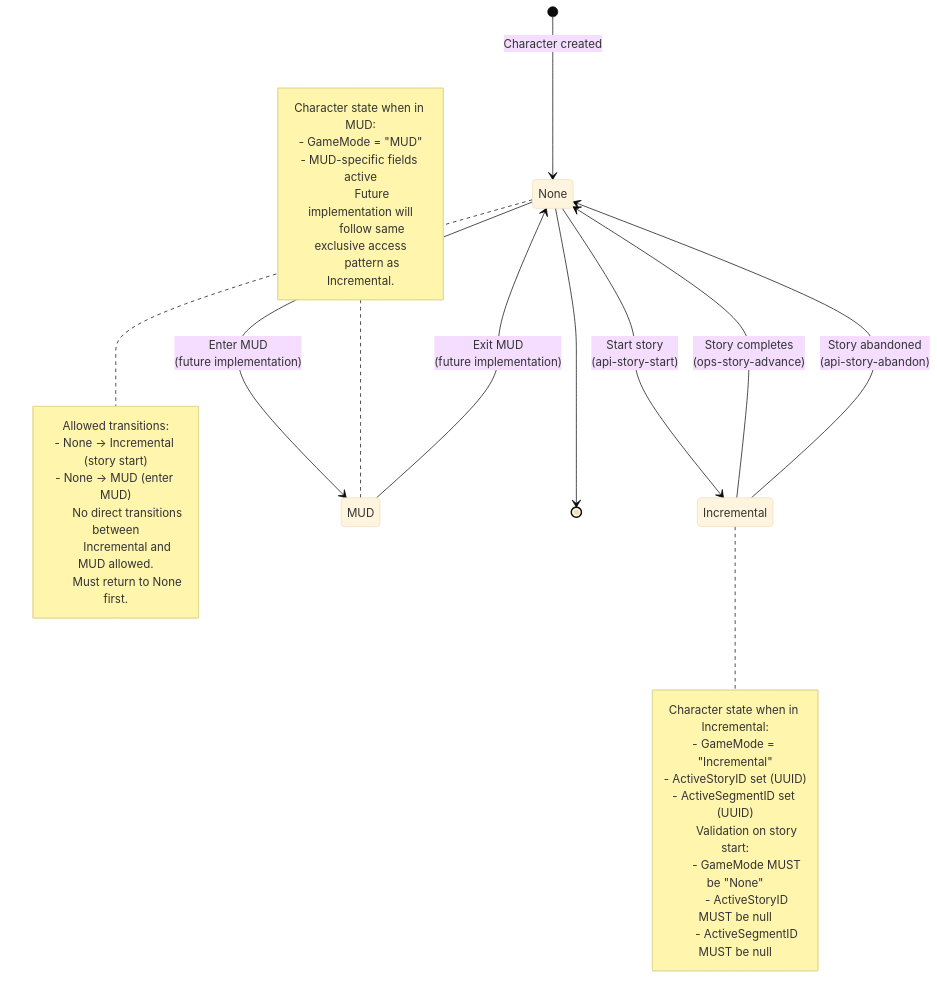
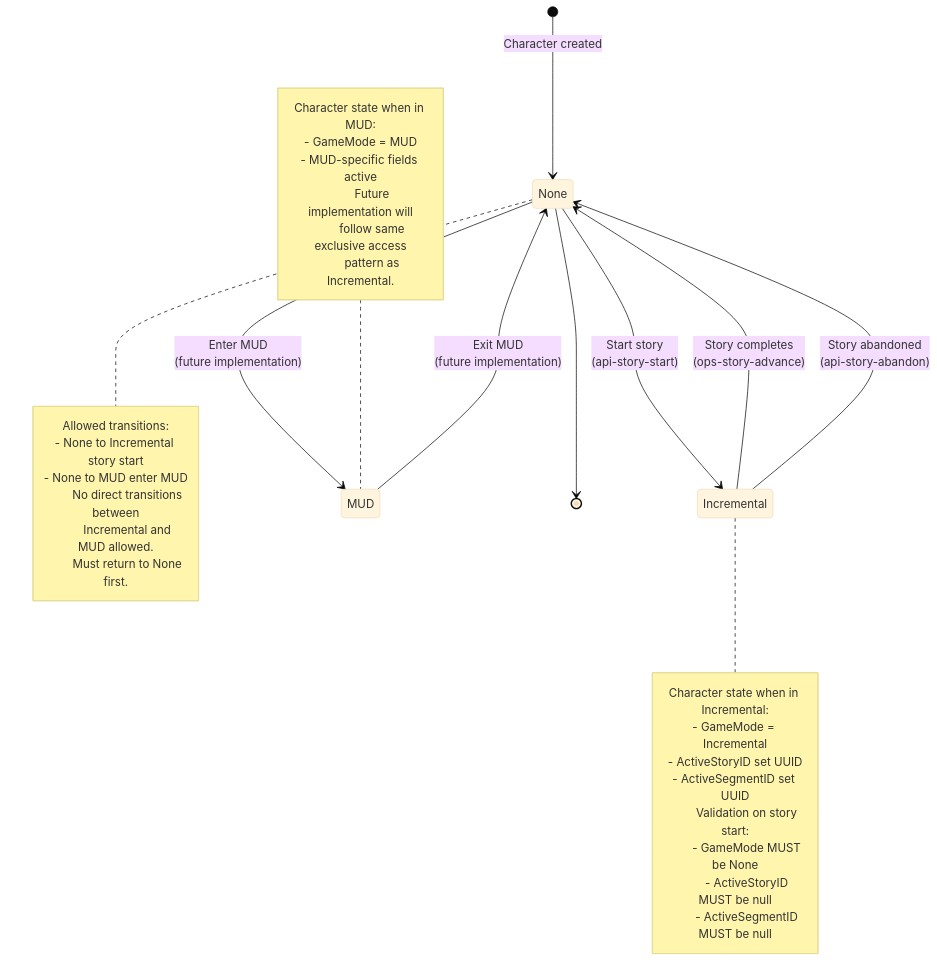
One commit to darkrelics/eidolon-engine changed the fourth of 7 diagrams in documentation/architecture.md. Above: the diagram before and after it, drawn with Mermaid (base theme). The commit also changed other lines of this file, not shown here.

````diff
--- a/documentation/architecture.md
+++ b/documentation/architecture.md
@@ -276,42 +280,42 @@
 ```mermaid
 stateDiagram-v2
     [*] --> None: Character created
     None --> Incremental: Start story<br/>(api-story-start)
     None --> MUD: Enter MUD<br/>(future implementation)
     Incremental --> None: Story completes<br/>(ops-story-advance)
     Incremental --> None: Story abandoned<br/>(api-story-abandon)
     MUD --> None: Exit MUD<br/>(future implementation)
     None --> [*]
 
     note right of None
         Allowed transitions:
-        - None → Incremental (story start)
-        - None → MUD (enter MUD)
+        - None to Incremental story start
+        - None to MUD enter MUD
 
         No direct transitions between
         Incremental and MUD allowed.
         Must return to None first.
     end note
 
     note right of Incremental
         Character state when in Incremental:
-        - GameMode = "Incremental"
-        - ActiveStoryID set (UUID)
-        - ActiveSegmentID set (UUID)
+        - GameMode = Incremental
+        - ActiveStoryID set UUID
+        - ActiveSegmentID set UUID
 
         Validation on story start:
-        - GameMode MUST be "None"
+        - GameMode MUST be None
         - ActiveStoryID MUST be null
         - ActiveSegmentID MUST be null
     end note
 
     note left of MUD
         Character state when in MUD:
-        - GameMode = "MUD"
+        - GameMode = MUD
         - MUD-specific fields active
 
         Future implementation will
         follow same exclusive access
         pattern as Incremental.
     end note
 ```
````
